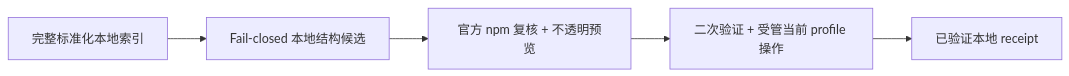
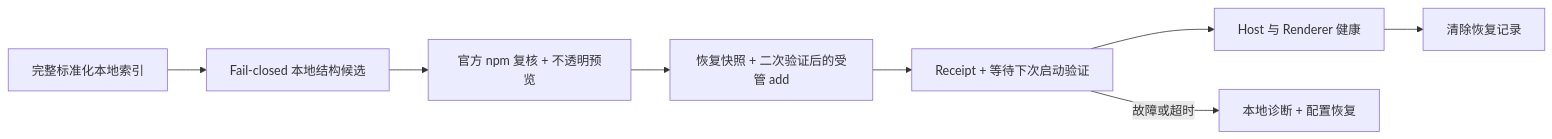
Before and after one commit to 976905690/deepseek-harness-desktop: the diagram in dsh-community-market/docs/install-and-uninstall.zh.md, drawn with Mermaid. The commit also changed other lines of this file and 11 other files, not shown here.

````diff
--- a/dsh-community-market/docs/install-and-uninstall.zh.md
+++ b/dsh-community-market/docs/install-and-uninstall.zh.md
@@ -88,7 +105,10 @@
 ```mermaid
 flowchart LR
     Scan["完整标准化本地索引"] --> Candidate["Fail-closed 本地结构候选"]
     Candidate --> Preview["官方 npm 复核 + 不透明预览"]
-    Preview --> Operation["二次验证 + 受管当前 profile 操作"]
-    Operation --> Receipt["已验证本地 receipt"]
+    Preview --> Operation["恢复快照 + 二次验证后的受管 add"]
+    Operation --> Pending["Receipt + 等待下次启动验证"]
+    Pending --> Healthy["Host 与 Renderer 健康"]
+    Healthy --> Commit["清除恢复记录"]
+    Pending -->|"故障或超时"| Restore["本地诊断 + 配置恢复"]
 ```
````
